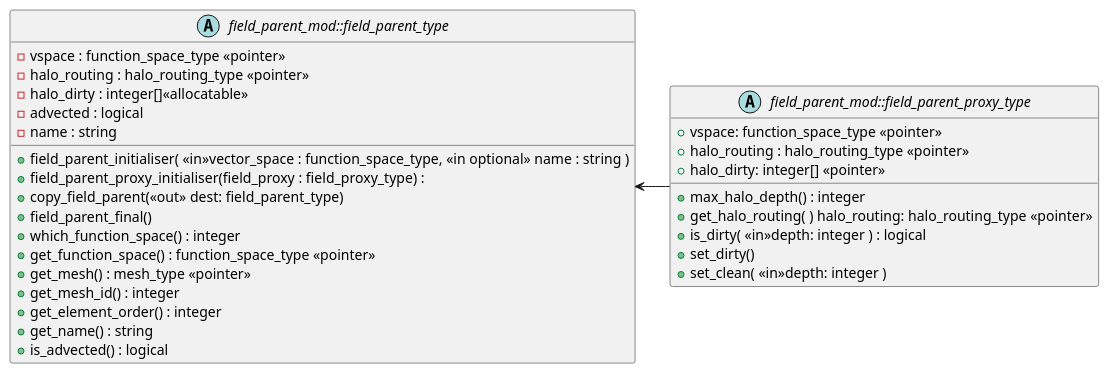
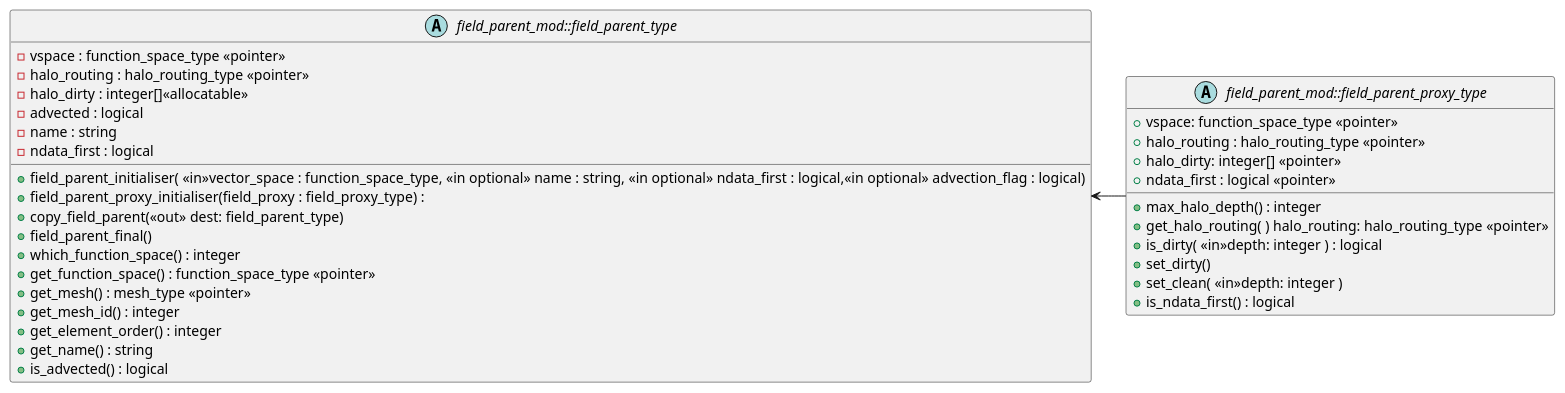
The diagram in infrastructure/documentation/uml/field/field_parent_mod.iuml (andrewcoughtrie/lfric_core), drawn with PlantUML before and after one commit. The commit also changed 8 other files, not shown here.

```diff
--- a/infrastructure/documentation/uml/field/field_parent_mod.iuml
+++ b/infrastructure/documentation/uml/field/field_parent_mod.iuml
@@ -1,38 +1,41 @@
 ' (c) Crown copyright 2019 Met Office. All rights reserved.
 ' The file LICENCE, distributed with this code, contains details of the terms
 ' under which the code may be used.
 
 
 abstract class field_parent_mod::field_parent_type {
   -vspace : function_space_type <<pointer>>
   -halo_routing : halo_routing_type <<pointer>>
   -halo_dirty : integer[]<<allocatable>>
   -advected : logical
   -name : string
+  -ndata_first : logical
 
-  +field_parent_initialiser( <<in>>vector_space : function_space_type, <<in optional>> name : string )
+  +field_parent_initialiser( <<in>>vector_space : function_space_type, <<in optional>> name : string, <<in optional>> ndata_first : logical,<<in optional>> advection_flag : logical)
   +field_parent_proxy_initialiser(field_proxy : field_proxy_type) :
   +copy_field_parent(<<out>> dest: field_parent_type)
   +field_parent_final()
   +which_function_space() : integer
   +get_function_space() : function_space_type <<pointer>>
   +get_mesh() : mesh_type <<pointer>>
   +get_mesh_id() : integer
   +get_element_order() : integer
   +get_name() : string
   +is_advected() : logical
 }
 
 abstract class field_parent_mod::field_parent_proxy_type {
   +vspace: function_space_type <<pointer>>
   +halo_routing : halo_routing_type <<pointer>>
   +halo_dirty: integer[] <<pointer>>
+  +ndata_first : logical <<pointer>>
 
   +max_halo_depth() : integer
   +get_halo_routing( ) halo_routing: halo_routing_type <<pointer>> 
   +is_dirty( <<in>>depth: integer ) : logical
   +set_dirty()
   +set_clean( <<in>>depth: integer )
+  +is_ndata_first() : logical
 }
 
 field_parent_mod::field_parent_type <- field_parent_mod::field_parent_proxy_type
```
